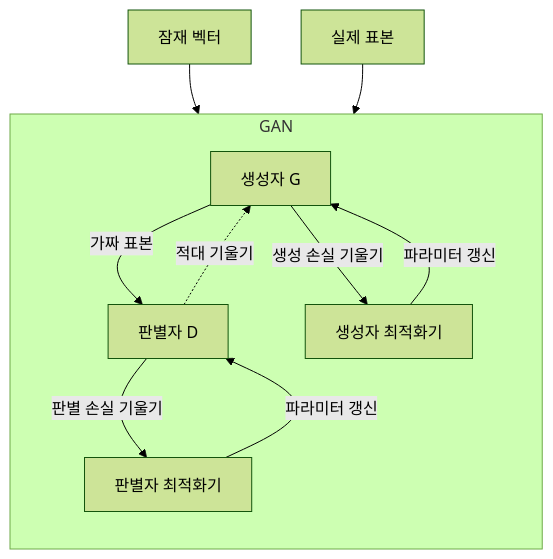
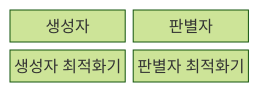
The first of 2 diagrams in src/content/docs/notes/01-basic-theory/046_gan.md (agnusdei1207/knowledge-base), drawn with Mermaid (forest theme) before and after one commit. The commit also changed other lines of this file and 20 other files, not shown here.

````diff
--- a/src/content/docs/notes/01-basic-theory/046_gan.md
+++ b/src/content/docs/notes/01-basic-theory/046_gan.md
@@ -69,20 +67,8 @@
 ```mermaid
-flowchart TB
-    Z[잠재 벡터]
-    X[실제 표본]
-    subgraph N[GAN]
-        direction TB
-        G["생성자 G"]
-        D["판별자 D"]
-        OG["생성자 최적화기"]
-        OD["판별자 최적화기"]
-        G -->|가짜 표본| D
-        D -.->|적대 기울기| G
-        D -->|판별 손실 기울기| OD
-        OD -->|파라미터 갱신| D
-        G -->|생성 손실 기울기| OG
-        OG -->|파라미터 갱신| G
-    end
-    Z --> G
-    X --> D
+block
+    columns 2
+    G["생성자"]
+    D["판별자"]
+    OG["생성자 최적화기"]
+    OD["판별자 최적화기"]
 ```
````
